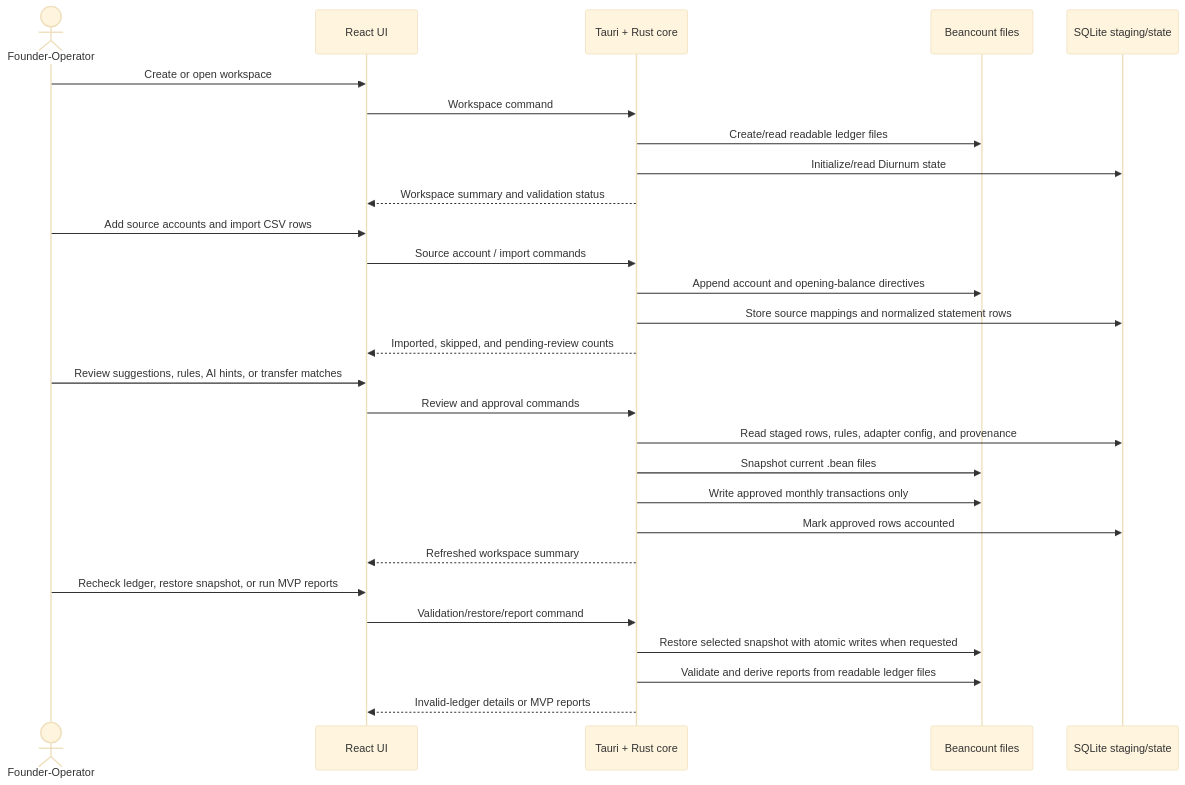
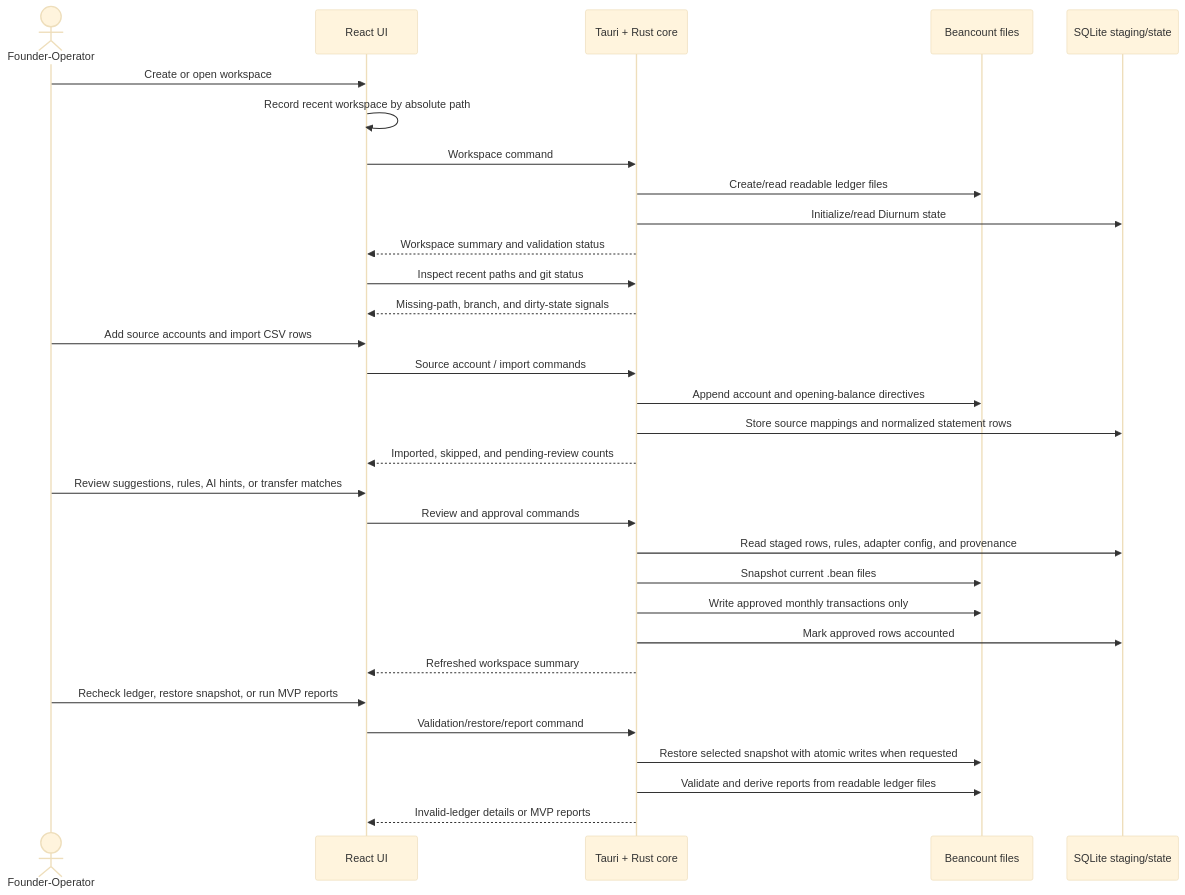
Before and after one commit to Diurnum-Dev/Diurnum: the second of 4 diagrams in docs/architecture.md, drawn with Mermaid (base theme). The commit also changed other lines of this file and 14 other files, not shown here.

````diff
--- a/docs/architecture.md
+++ b/docs/architecture.md
@@ -43,34 +45,37 @@
 ```mermaid
 sequenceDiagram
   actor User as Founder-Operator
   participant UI as React UI
   participant Core as Tauri + Rust core
   participant Ledger as Beancount files
   participant State as SQLite staging/state
 
   User->>UI: Create or open workspace
+  UI->>UI: Record recent workspace by absolute path
   UI->>Core: Workspace command
   Core->>Ledger: Create/read readable ledger files
   Core->>State: Initialize/read Diurnum state
   Core-->>UI: Workspace summary and validation status
+  UI->>Core: Inspect recent paths and git status
+  Core-->>UI: Missing-path, branch, and dirty-state signals
 
   User->>UI: Add source accounts and import CSV rows
   UI->>Core: Source account / import commands
   Core->>Ledger: Append account and opening-balance directives
   Core->>State: Store source mappings and normalized statement rows
   Core-->>UI: Imported, skipped, and pending-review counts
 
   User->>UI: Review suggestions, rules, AI hints, or transfer matches
   UI->>Core: Review and approval commands
   Core->>State: Read staged rows, rules, adapter config, and provenance
   Core->>Ledger: Snapshot current .bean files
   Core->>Ledger: Write approved monthly transactions only
   Core->>State: Mark approved rows accounted
   Core-->>UI: Refreshed workspace summary
 
   User->>UI: Recheck ledger, restore snapshot, or run MVP reports
   UI->>Core: Validation/restore/report command
   Core->>Ledger: Restore selected snapshot with atomic writes when requested
   Core->>Ledger: Validate and derive reports from readable ledger files
   Core-->>UI: Invalid-ledger details or MVP reports
 ```
````
